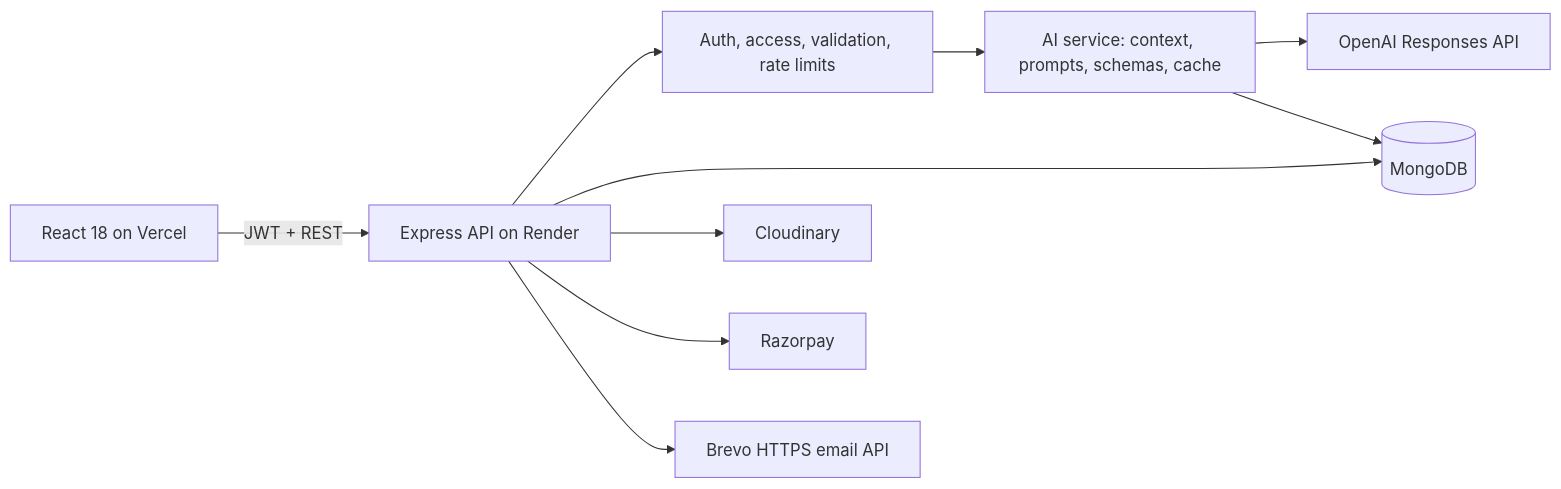
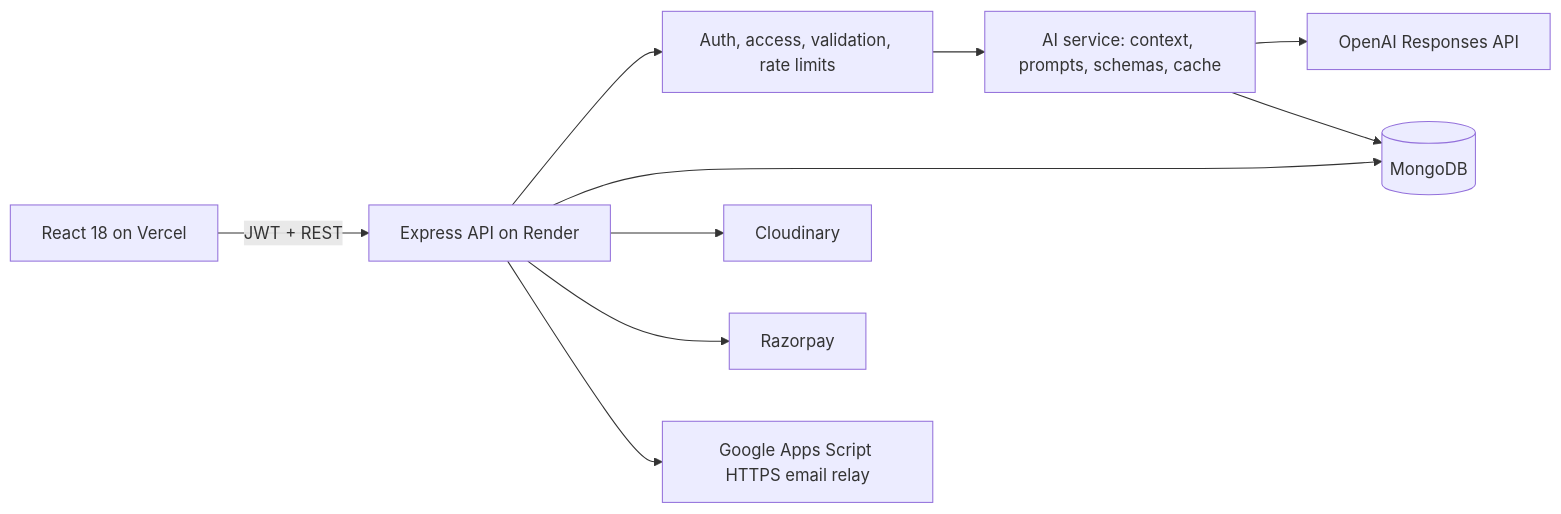
The diagram in README.md (Himansh1997/StudyNotion-AI), drawn with Mermaid before and after one commit. The commit also changed other lines of this file and 5 other files, not shown here.

Commit message:
fix: send email through Gmail Apps Script

````diff
--- a/README.md
+++ b/README.md
@@ -7,12 +7,12 @@
 ```mermaid
 flowchart LR
   Browser["React 18 on Vercel"] -->|"JWT + REST"| API["Express API on Render"]
   API --> Auth["Auth, access, validation, rate limits"]
   API --> Mongo[("MongoDB")]
   API --> Cloudinary["Cloudinary"]
   API --> Razorpay["Razorpay"]
-  API --> Mail["Brevo HTTPS email API"]
+  API --> Mail["Google Apps Script HTTPS email relay"]
   Auth --> AI["AI service: context, prompts, schemas, cache"]
   AI --> OpenAI["OpenAI Responses API"]
   AI --> Mongo
 ```
````
